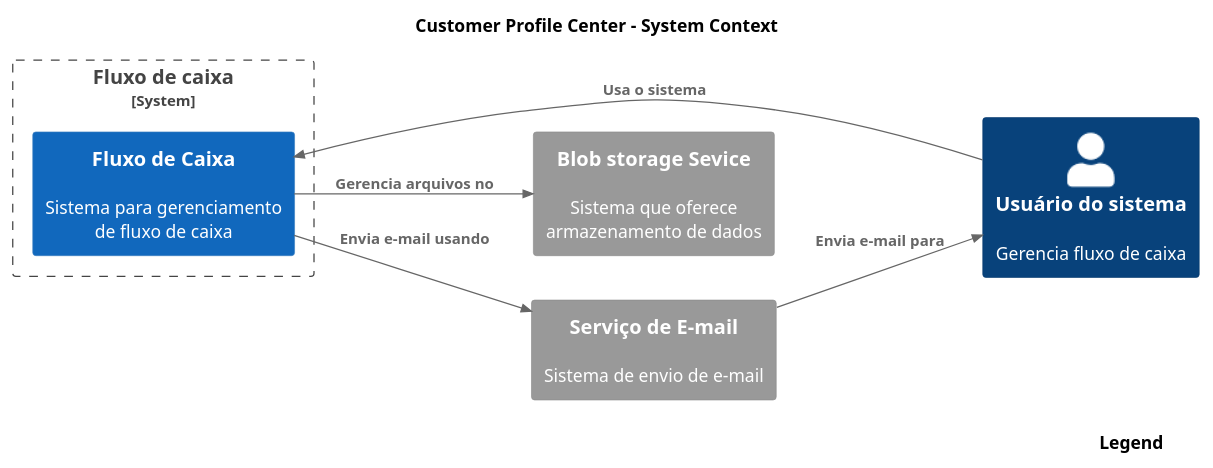
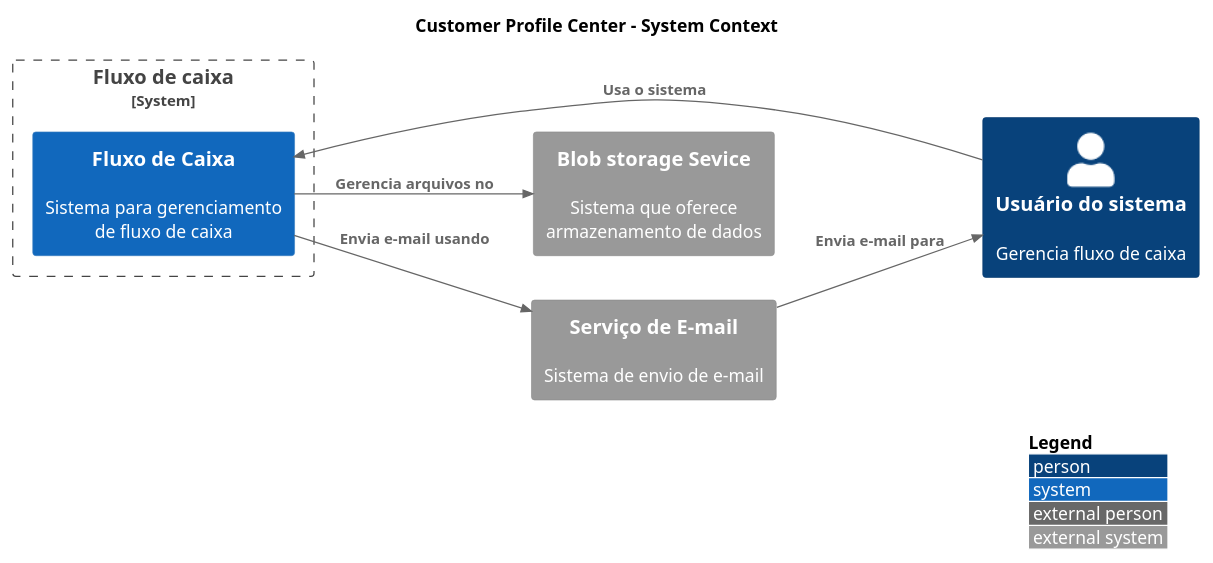
The diagram in Doc/SystemContext.puml (CristianoRC/Fluxo-De-Caixa), drawn with PlantUML before and after one commit.

Commit message:
Adiciona legenda no layout

```diff
--- a/Doc/SystemContext.puml
+++ b/Doc/SystemContext.puml
@@ -1,23 +1,23 @@
 @startuml context
 !include https://raw.githubusercontent.com/plantuml-stdlib/C4-PlantUML/master/C4_Container.puml
 !include https://raw.githubusercontent.com/plantuml-stdlib/C4-PlantUML/master/C4_Context.puml
 
 LAYOUT_LANDSCAPE()
-SHOW_LEGEND()
+LAYOUT_WITH_LEGEND()
 
 TITLE Customer Profile Center - System Context
 
     System_Boundary(boundary-fluxo-de-caixa, "Fluxo de caixa") {
       System(fluxoDeCaixa, "Fluxo de Caixa", "Sistema para gerenciamento de fluxo de caixa")
     }
 
     System_Ext(blobStorage, "Blob storage Sevice", "Sistema que oferece armazenamento de dados")
     System_Ext(mailSystem, "Serviço de E-mail", "Sistema de envio de e-mail")
     Person(pessoa, "Usuário do sistema", "Gerencia fluxo de caixa")
 
     Rel(pessoa, fluxoDeCaixa, "Usa o sistema")
     Rel(fluxoDeCaixa, blobStorage, "Gerencia arquivos no")
     Rel(fluxoDeCaixa, mailSystem, "Envia e-mail usando")
     Rel(mailSystem, pessoa, "Envia e-mail para")
 
 @enduml
```
